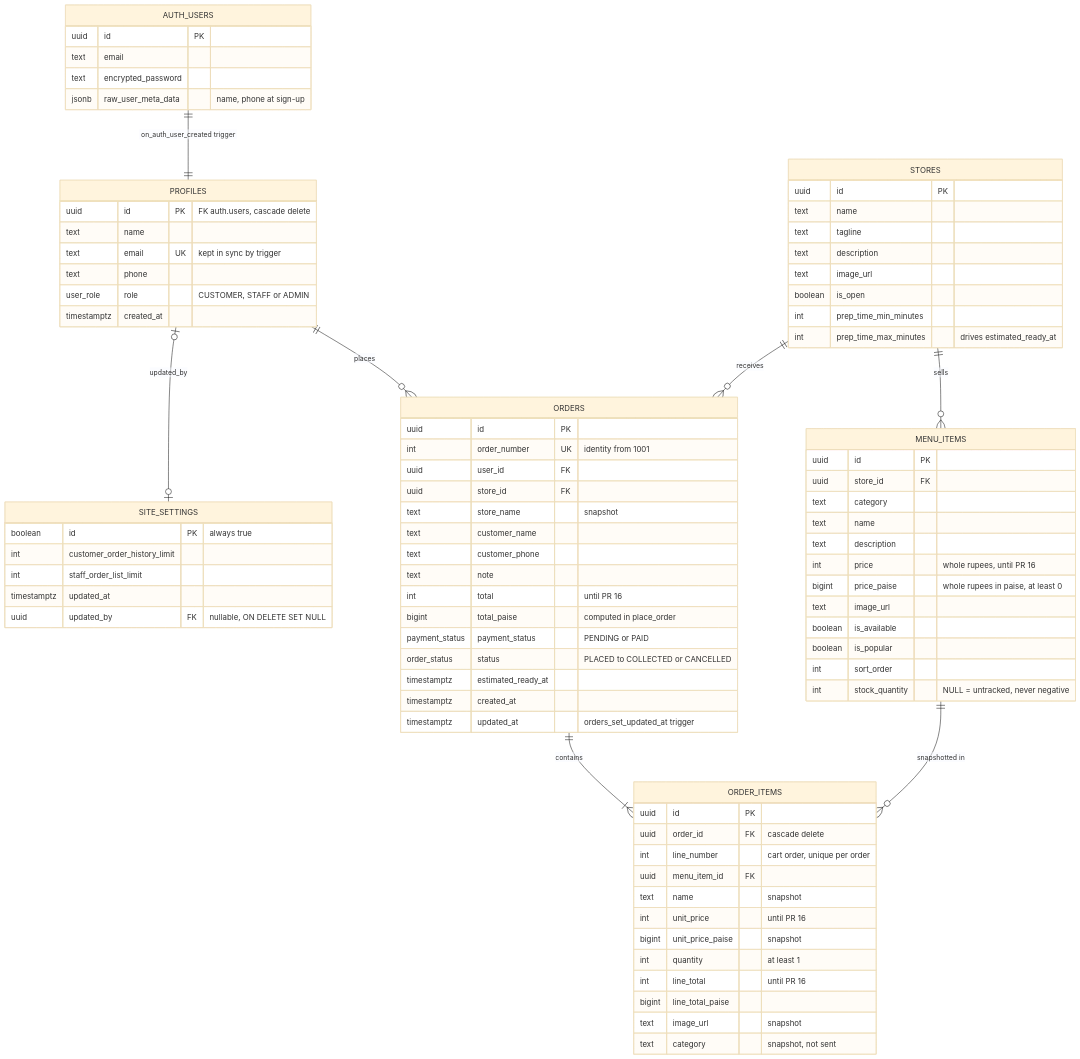
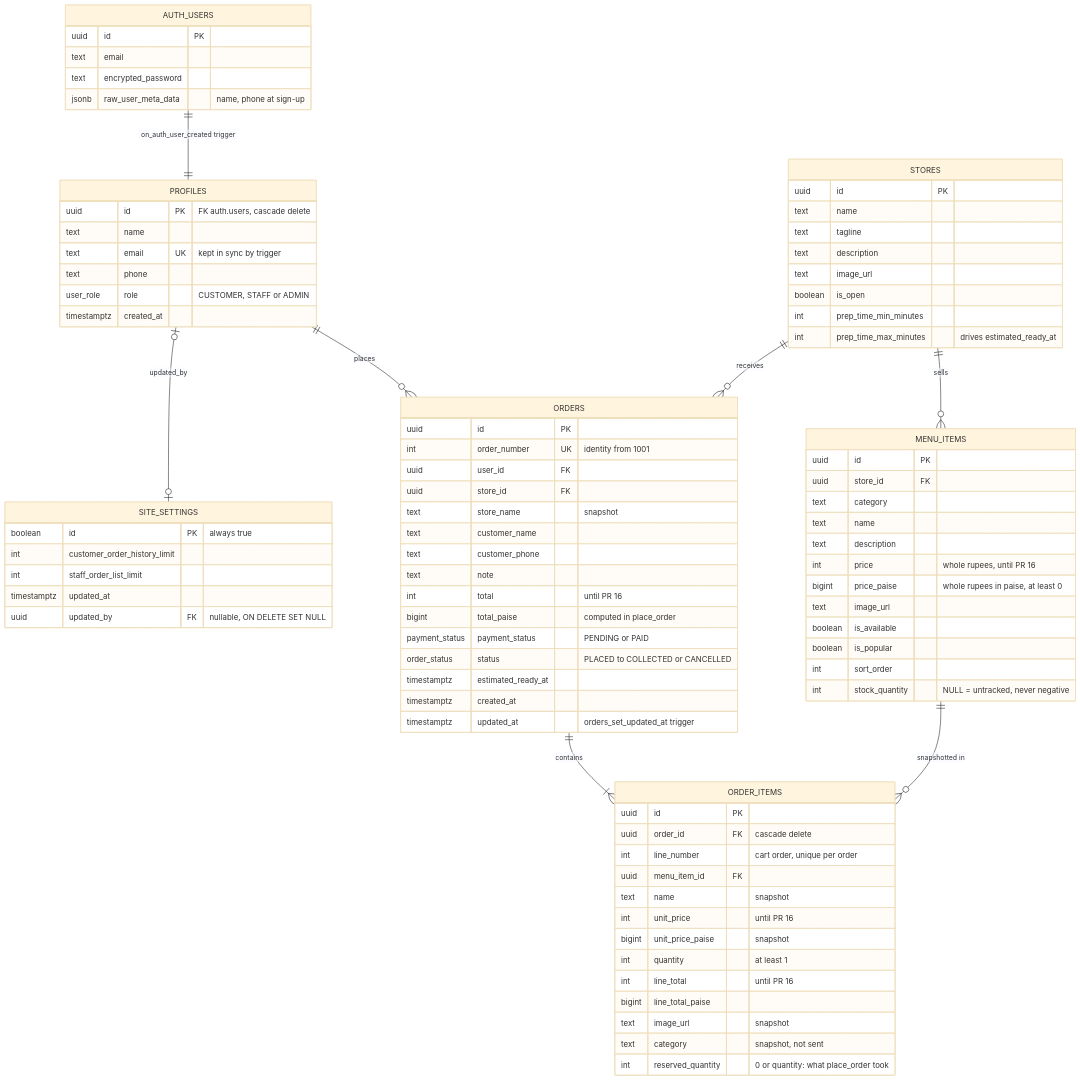
Diagram 28 of 28 in docs/ARCHITECTURE.md (The-KhaNha/KhaNha), drawn with Mermaid (base theme) before and after one commit. The commit also changed other lines of this file and 12 other files, not shown here.

````diff
--- a/docs/ARCHITECTURE.md
+++ b/docs/ARCHITECTURE.md
@@ -1060,5 +1060,6 @@
     bigint line_total_paise
     text image_url "snapshot"
     text category "snapshot, not sent"
+    int reserved_quantity "0 or quantity: what place_order took"
   }
 ```
````
